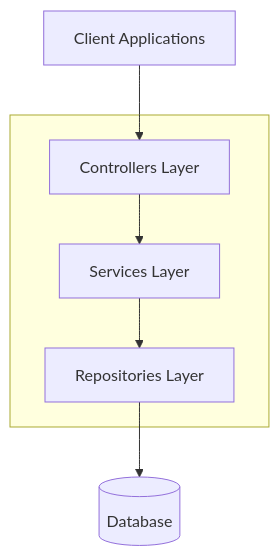
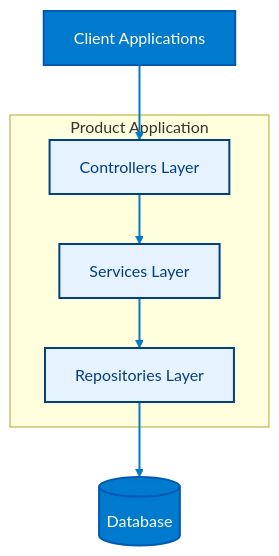
Before and after one commit to mattsimoessilva/shopbridge_product: the diagram in README.md, drawn with Mermaid.

````diff
--- a/README.md
+++ b/README.md
@@ -41,21 +41,35 @@
 ```mermaid
 flowchart TD
     %% Client side
     A[Client Applications]
 
     %% Server side grouping
-    subgraph  
+    subgraph Product Application
         B[Controllers Layer]
         C[Services Layer]
         D[Repositories Layer]
     end
 
     %% Database
     E[(Database)]
 
     %% Connections
     A --> B
     B --> C
     C --> D
     D --> E
+
+    %% Node styles
+    style A fill:#007acc,stroke:#0059b3,color:#ffffff,stroke-width:2px
+    style B fill:#e6f2ff,stroke:#004080,color:#004080,stroke-width:2px
+    style C fill:#e6f2ff,stroke:#004080,color:#004080,stroke-width:2px
+    style D fill:#e6f2ff,stroke:#004080,color:#004080,stroke-width:2px
+    style E fill:#007acc,stroke:#0059b3,color:#ffffff,stroke-width:2px
+
+    %% Arrow styles
+    linkStyle 0 stroke:#007acc,stroke-width:2px
+    linkStyle 1 stroke:#007acc,stroke-width:2px
+    linkStyle 2 stroke:#007acc,stroke-width:2px
+    linkStyle 3 stroke:#007acc,stroke-width:2px
+
 ```
````
